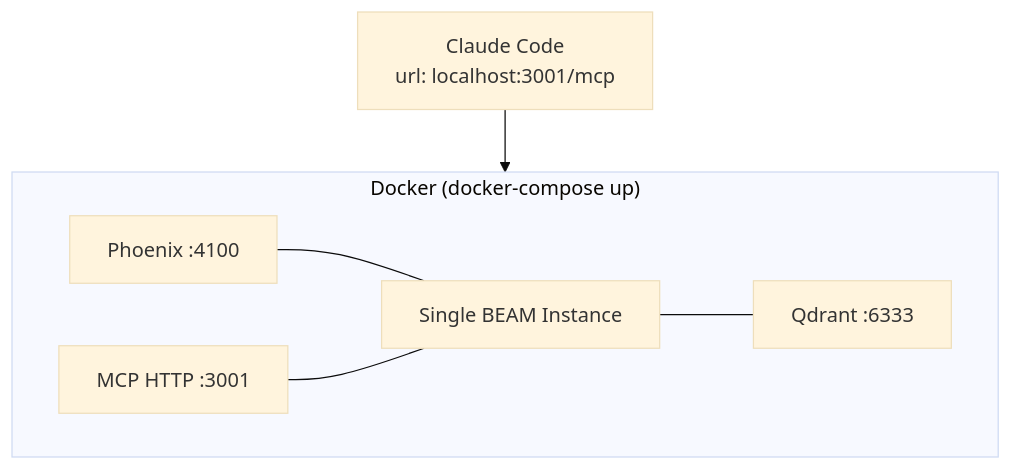
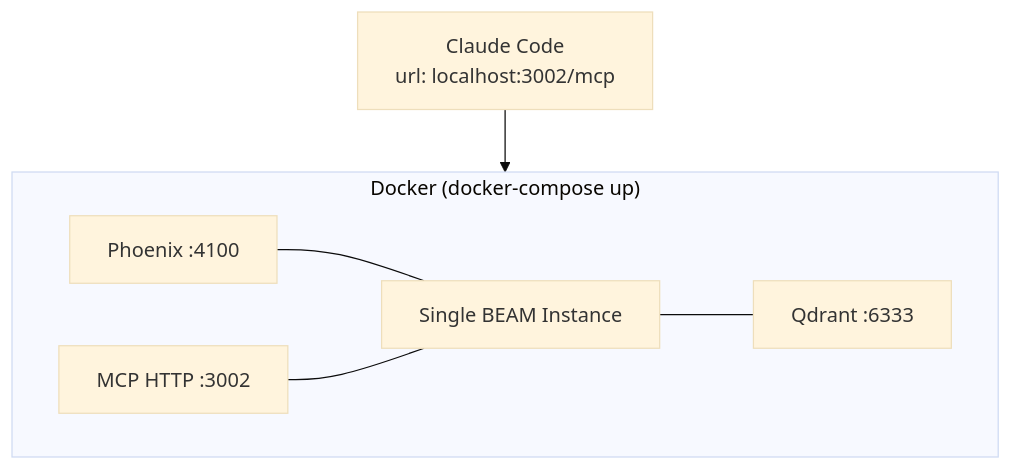
Before and after one commit to iksnerd/code-nexus: the third of 4 diagrams in README.md, drawn with Mermaid (base theme). The commit also changed other lines of this file and 6 other files, not shown here.

````diff
--- a/README.md
+++ b/README.md
@@ -143,12 +145,12 @@
 ```mermaid
 graph TB
     subgraph Docker["Docker (docker-compose up)"]
         direction LR
         PHX_D["Phoenix :4100"]
-        MCP_D["MCP HTTP :3001"]
+        MCP_D["MCP HTTP :3002"]
         PHX_D & MCP_D --- BEAM_D["Single BEAM Instance"]
         BEAM_D --- QD_D["Qdrant :6333"]
     end
 
-    CC_D["Claude Code<br/>url: localhost:3001/mcp"] --> MCP_D
+    CC_D["Claude Code<br/>url: localhost:3002/mcp"] --> MCP_D
 ```
````
